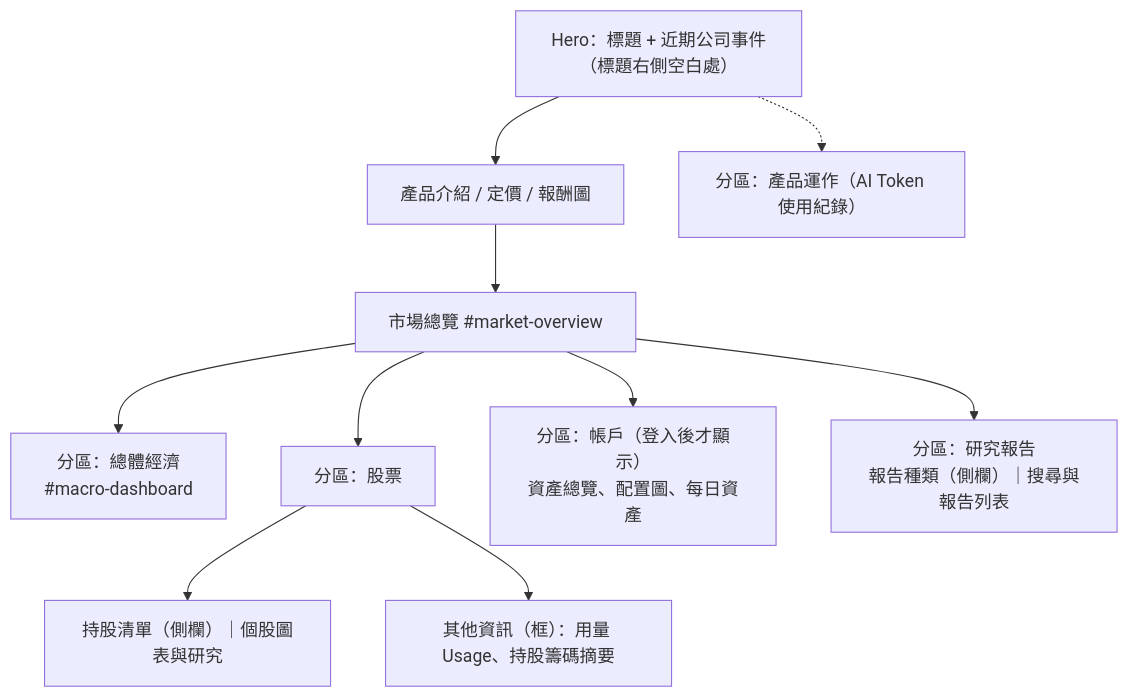
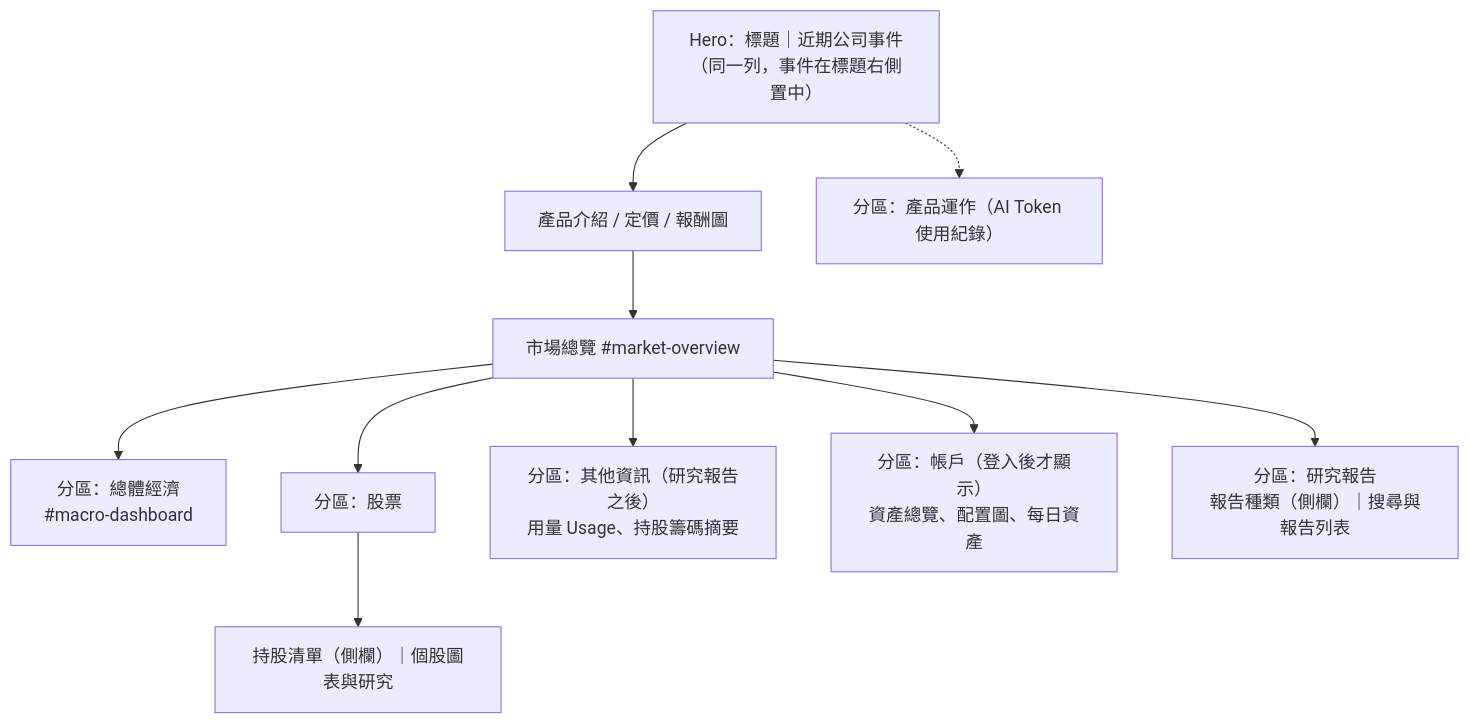
The diagram in docs/HOME_LAYOUT.md (Vinskao/ty-multiverse), drawn with Mermaid before and after one commit. The commit also changed other lines of this file and 4 other files, not shown here.

First line of the commit message:
Home: events right of the hero title, 其他資訊 zone after reports, tidy report upload forms, no horizontal overflow on narrow screens

````diff
--- a/docs/HOME_LAYOUT.md
+++ b/docs/HOME_LAYOUT.md
@@ -5,12 +5,12 @@
 ```mermaid
 flowchart TD
-    H["Hero：標題 + 近期公司事件（標題右側空白處）"] --> I["產品介紹 / 定價 / 報酬圖"]
+    H["Hero：標題｜近期公司事件（同一列，事件在標題右側置中）"] --> I["產品介紹 / 定價 / 報酬圖"]
     I --> M["市場總覽 #market-overview"]
     M --> Z1["分區：總體經濟<br/>#macro-dashboard"]
     M --> Z2["分區：股票"]
     Z2 --> S1["持股清單（側欄）｜個股圖表與研究"]
-    Z2 --> S2["其他資訊（框）：用量 Usage、持股籌碼摘要"]
+    M --> Z6["分區：其他資訊（研究報告之後）<br/>用量 Usage、持股籌碼摘要"]
     M --> Z3["分區：帳戶（登入後才顯示）<br/>資產總覽、配置圖、每日資產"]
     M --> Z4["分區：研究報告<br/>報告種類（側欄）｜搜尋與報告列表"]
     H -.-> Z5["分區：產品運作（AI Token 使用紀錄）"]
 ```
````
